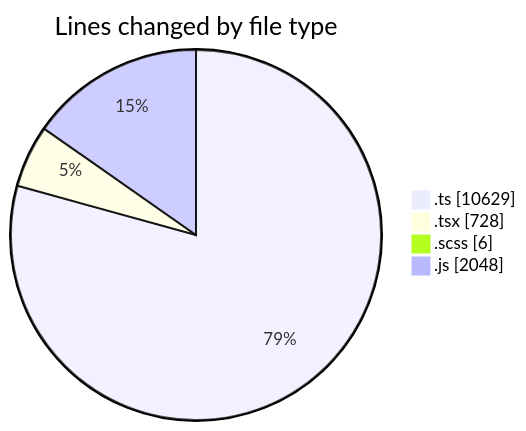
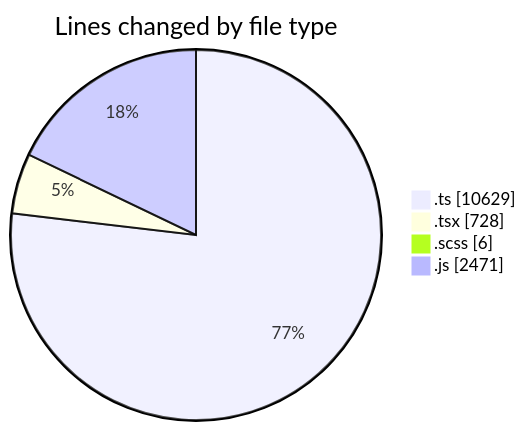
The first of 2 diagrams in 2026-03-17/cda/README.md (momahboobian/code-tracking), drawn with Mermaid before and after one commit. The commit also changed other lines of this file and 1 other file, not shown here.

````diff
--- a/2026-03-17/cda/README.md
+++ b/2026-03-17/cda/README.md
@@ -34,8 +35,8 @@
 ```mermaid
 pie showData
 title Lines changed by file type
 ".ts" : 10629
 ".tsx" : 728
 ".scss" : 6
-".js" : 2048
+".js" : 2471
 ```
````
